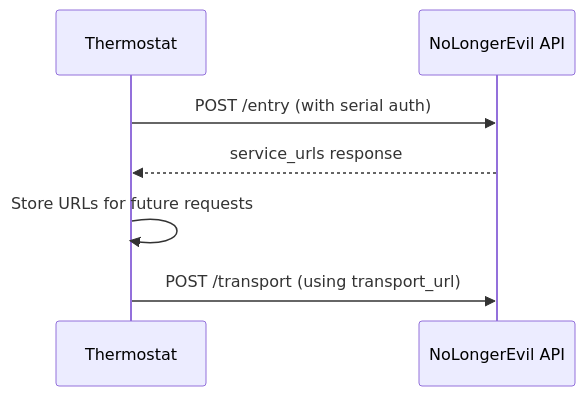
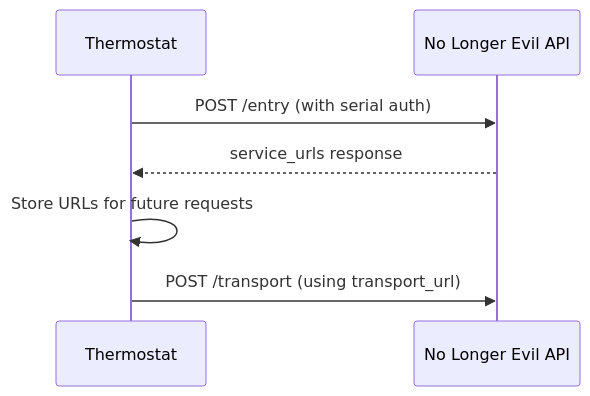
One commit to codykociemba/NoLongerEvil-docs changed the diagram in api-reference/thermostat/entry.mdx. Above: the diagram before and after it, drawn with Mermaid. The commit also changed other lines of this file and 23 other files, not shown here.

````diff
--- a/api-reference/thermostat/entry.mdx
+++ b/api-reference/thermostat/entry.mdx
@@ -194,10 +194,10 @@
 ```mermaid
 sequenceDiagram
     participant T as Thermostat
-    participant API as NoLongerEvil API
+    participant API as No Longer Evil API
 
     T->>API: POST /entry (with serial auth)
     API-->>T: service_urls response
     T->>T: Store URLs for future requests
     T->>API: POST /transport (using transport_url)
 ```
````
